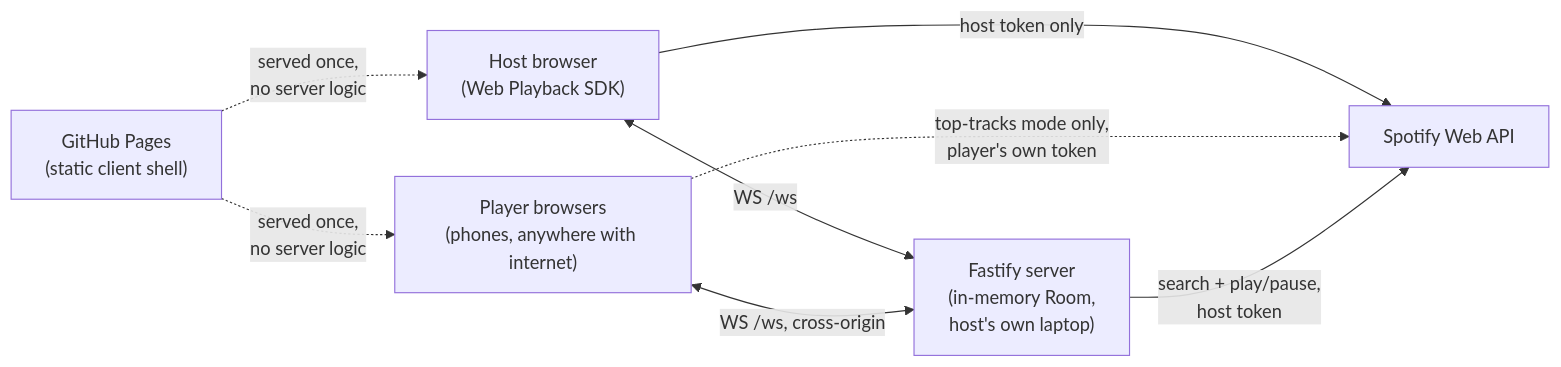
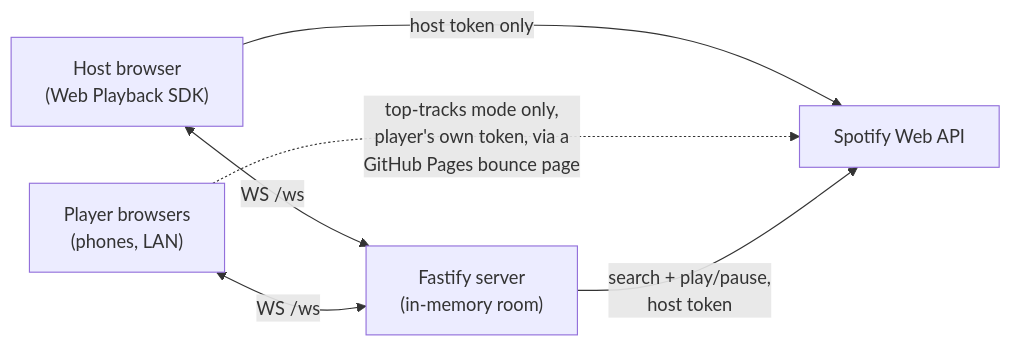
One commit to vdwolde/Song-Snitch changed the diagram in .claude/ARCHITECTURE.md. Above: the diagram before and after it, drawn with Mermaid. The commit also changed other lines of this file and 23 other files, not shown here.

````diff
--- a/.claude/ARCHITECTURE.md
+++ b/.claude/ARCHITECTURE.md
@@ -19,10 +16,8 @@
 ```mermaid
 graph LR
-    GP["GitHub Pages<br/>(static client shell)"] -.->|"served once,<br/>no server logic"| H
-    GP -.->|"served once,<br/>no server logic"| P
-    H["Host browser<br/>(Web Playback SDK)"] <-->|"WS /ws"| S["Fastify server<br/>(in-memory Room,<br/>host's own laptop)"]
-    P["Player browsers<br/>(phones, anywhere with internet)"] <-->|"WS /ws, cross-origin"| S
+    H["Host browser<br/>(Web Playback SDK)"] <-->|"WS /ws"| S["Fastify server<br/>(in-memory room)"]
+    P["Player browsers<br/>(phones, LAN)"] <-->|"WS /ws"| S
     H -->|"host token only"| SP["Spotify Web API"]
-    P -.->|"top-tracks mode only,<br/>player's own token"| SP
+    P -.->|"top-tracks mode only,<br/>player's own token, via a<br/>GitHub Pages bounce page"| SP
     S -->|"search + play/pause,<br/>host token"| SP
 ```
````
